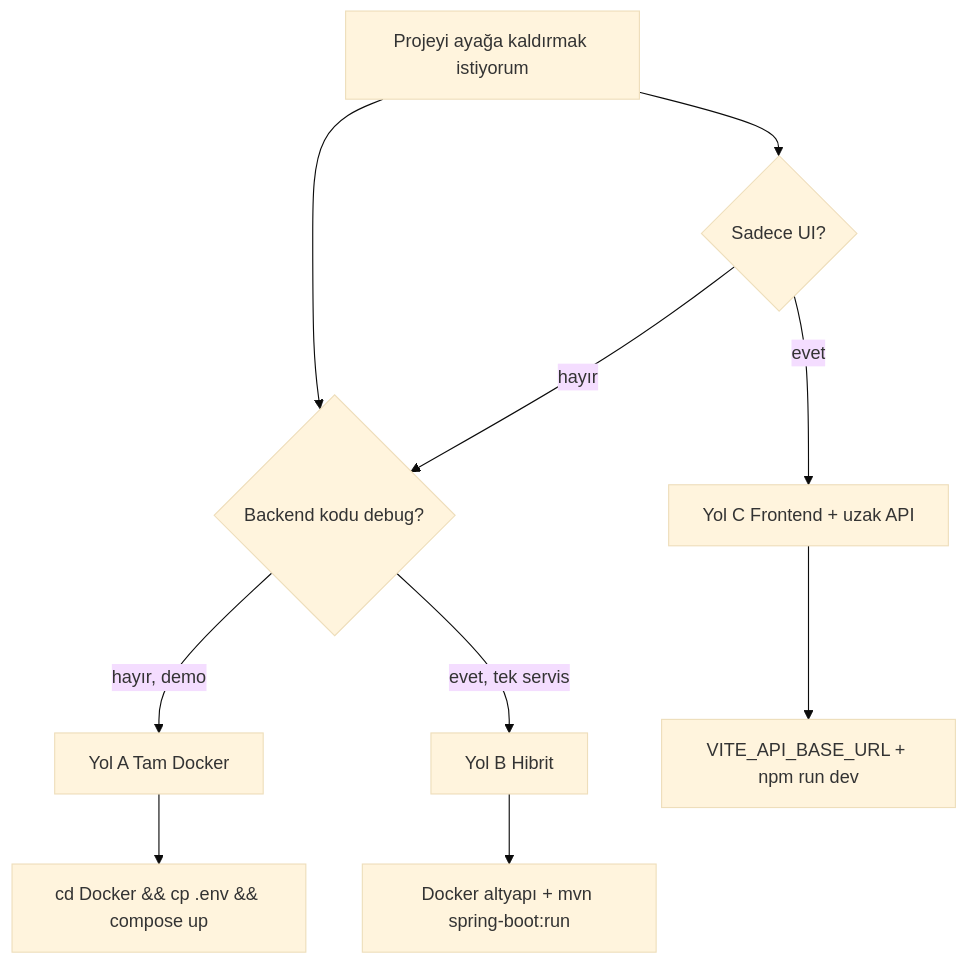
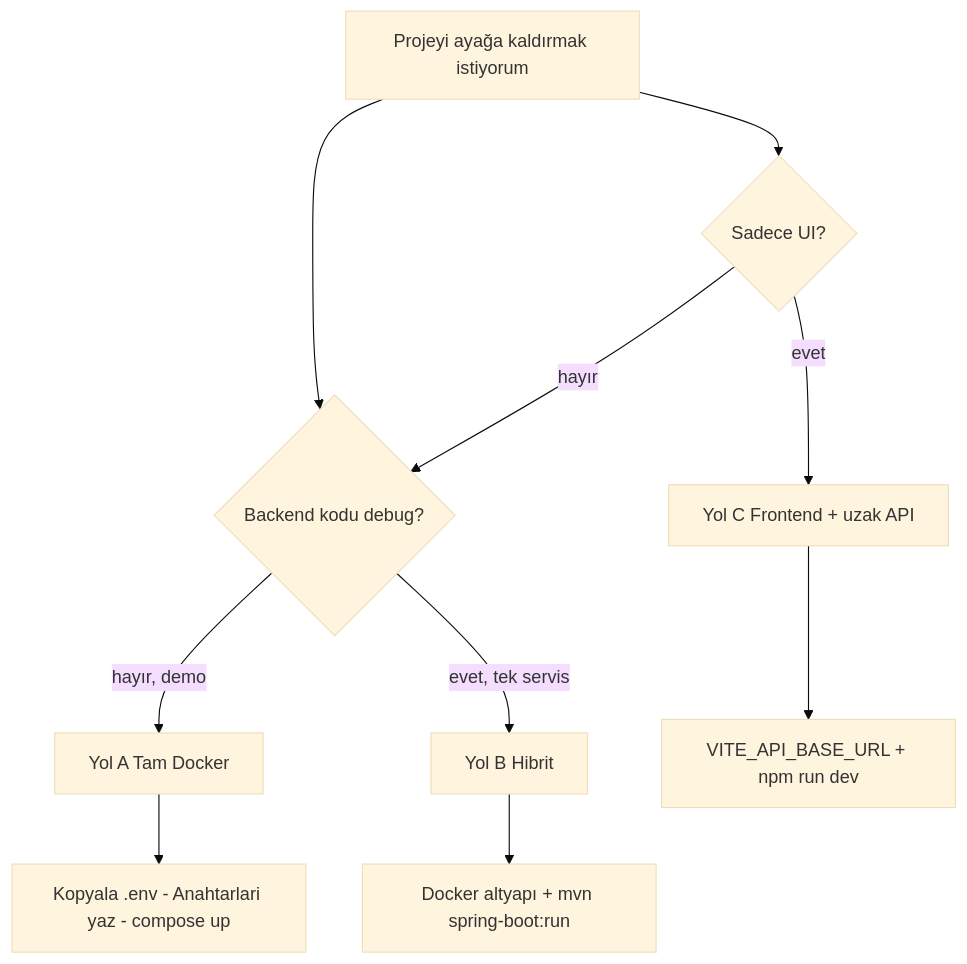
Before and after one commit to TaridaG/Toyota-32Bit-Finance-Platform: the first of 3 diagrams in docs/turkce/getting-started.md, drawn with Mermaid (base theme). The commit also changed other lines of this file and 28 other files, not shown here.

````diff
--- a/docs/turkce/getting-started.md
+++ b/docs/turkce/getting-started.md
@@ -15,14 +15,14 @@
 ```mermaid
 flowchart TD
   START[Projeyi ayağa kaldırmak istiyorum]
   START --> Q1{Backend kodu debug?}
   Q1 -->|hayır, demo| A[Yol A Tam Docker]
   Q1 -->|evet, tek servis| B[Yol B Hibrit]
   START --> Q2{Sadece UI?}
   Q2 -->|evet| C[Yol C Frontend + uzak API]
   Q2 -->|hayır| Q1
 
-  A --> A1[cd Docker && cp .env && compose up]
+  A --> A1[Kopyala .env - Anahtarlari yaz - compose up]
   B --> B1[Docker altyapı + mvn spring-boot:run]
   C --> C1[VITE_API_BASE_URL + npm run dev]
 ```
````
